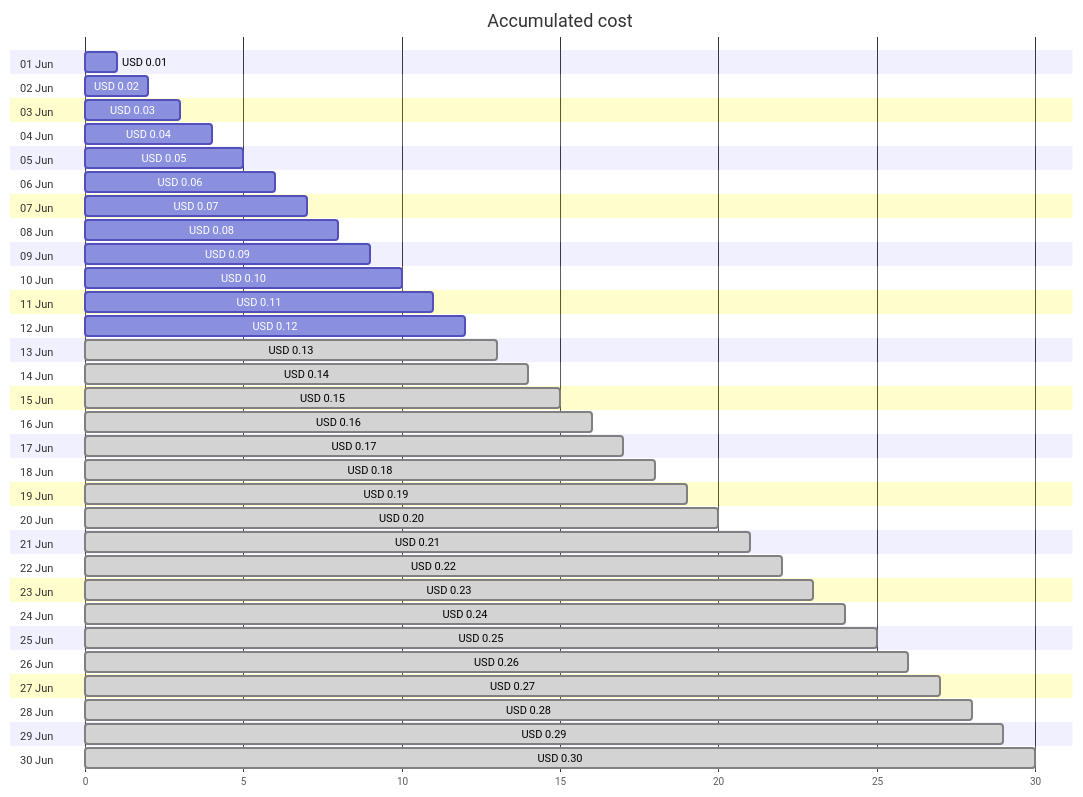
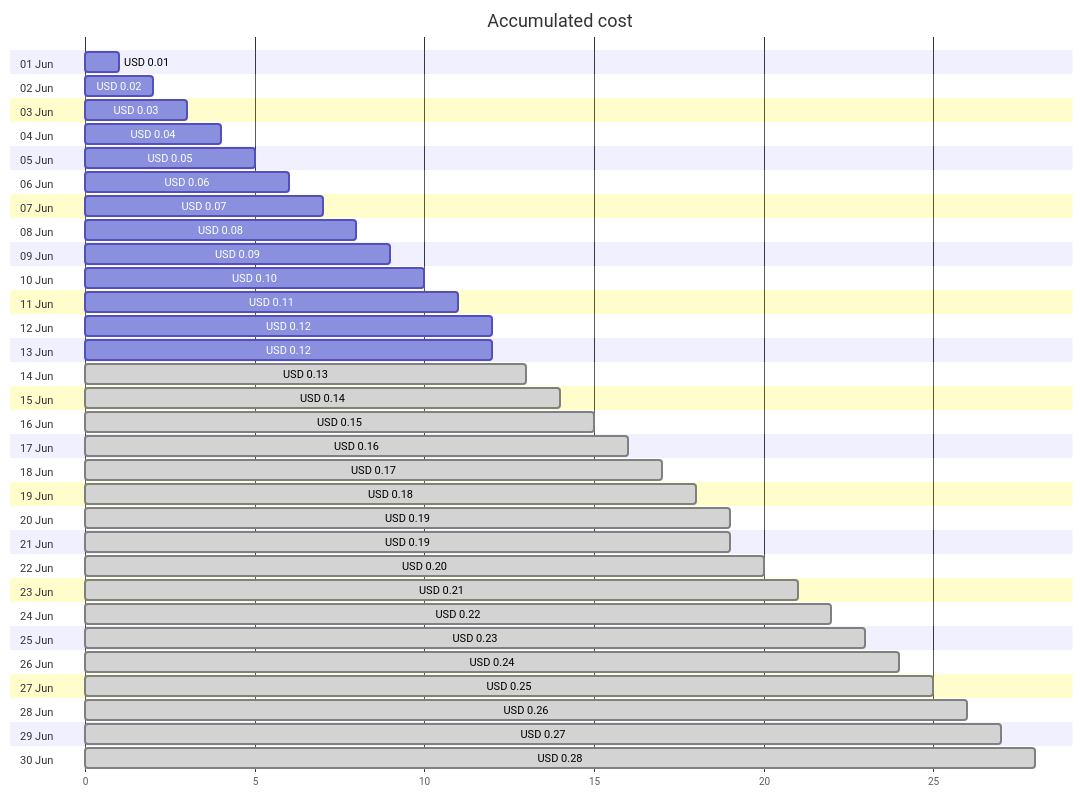
Before and after one commit to jpfulton/azure-personal-reports: the first of 4 diagrams in cost-reports/cloud-shell-storage-eastus/README.md, drawn with Mermaid. The commit also changed other lines of this file and 1 other file, not shown here.

Commit message:
Generated reports [skip ci]

````diff
--- a/cost-reports/cloud-shell-storage-eastus/README.md
+++ b/cost-reports/cloud-shell-storage-eastus/README.md
@@ -20,66 +20,66 @@
 ```mermaid
 gantt
    title Accumulated cost
    dateFormat  X
    axisFormat %s
    section 01 Jun
    USD 0.01 :0, 1
    section 02 Jun
    USD 0.02 :0, 2
    section 03 Jun
    USD 0.03 :0, 3
    section 04 Jun
    USD 0.04 :0, 4
    section 05 Jun
    USD 0.05 :0, 5
    section 06 Jun
    USD 0.06 :0, 6
    section 07 Jun
    USD 0.07 :0, 7
    section 08 Jun
    USD 0.08 :0, 8
    section 09 Jun
    USD 0.09 :0, 9
    section 10 Jun
    USD 0.10 :0, 10
    section 11 Jun
    USD 0.11 :0, 11
    section 12 Jun
    USD 0.12 :0, 12
    section 13 Jun
+   USD 0.12 :0, 12
+   section 14 Jun
    USD 0.13 : done, 0, 13
-   section 14 Jun
+   section 15 Jun
    USD 0.14 : done, 0, 14
-   section 15 Jun
+   section 16 Jun
    USD 0.15 : done, 0, 15
-   section 16 Jun
+   section 17 Jun
    USD 0.16 : done, 0, 16
-   section 17 Jun
+   section 18 Jun
    USD 0.17 : done, 0, 17
-   section 18 Jun
+   section 19 Jun
    USD 0.18 : done, 0, 18
-   section 19 Jun
+   section 20 Jun
    USD 0.19 : done, 0, 19
-   section 20 Jun
+   section 21 Jun
+   USD 0.19 : done, 0, 19
+   section 22 Jun
    USD 0.20 : done, 0, 20
-   section 21 Jun
+   section 23 Jun
    USD 0.21 : done, 0, 21
-   section 22 Jun
+   section 24 Jun
    USD 0.22 : done, 0, 22
-   section 23 Jun
+   section 25 Jun
    USD 0.23 : done, 0, 23
-   section 24 Jun
+   section 26 Jun
    USD 0.24 : done, 0, 24
-   section 25 Jun
+   section 27 Jun
    USD 0.25 : done, 0, 25
-   section 26 Jun
+   section 28 Jun
    USD 0.26 : done, 0, 26
-   section 27 Jun
+   section 29 Jun
    USD 0.27 : done, 0, 27
-   section 28 Jun
+   section 30 Jun
    USD 0.28 : done, 0, 28
-   section 29 Jun
-   USD 0.29 : done, 0, 29
-   section 30 Jun
-   USD 0.30 : done, 0, 30
 ```
````
